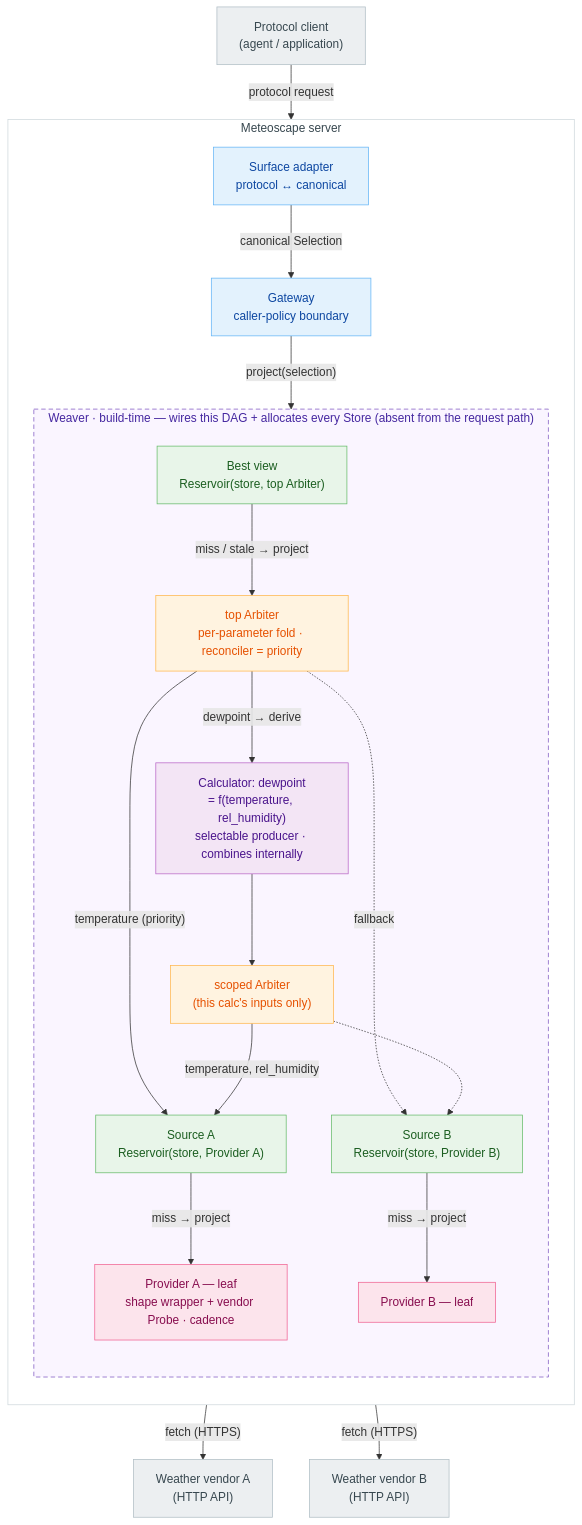
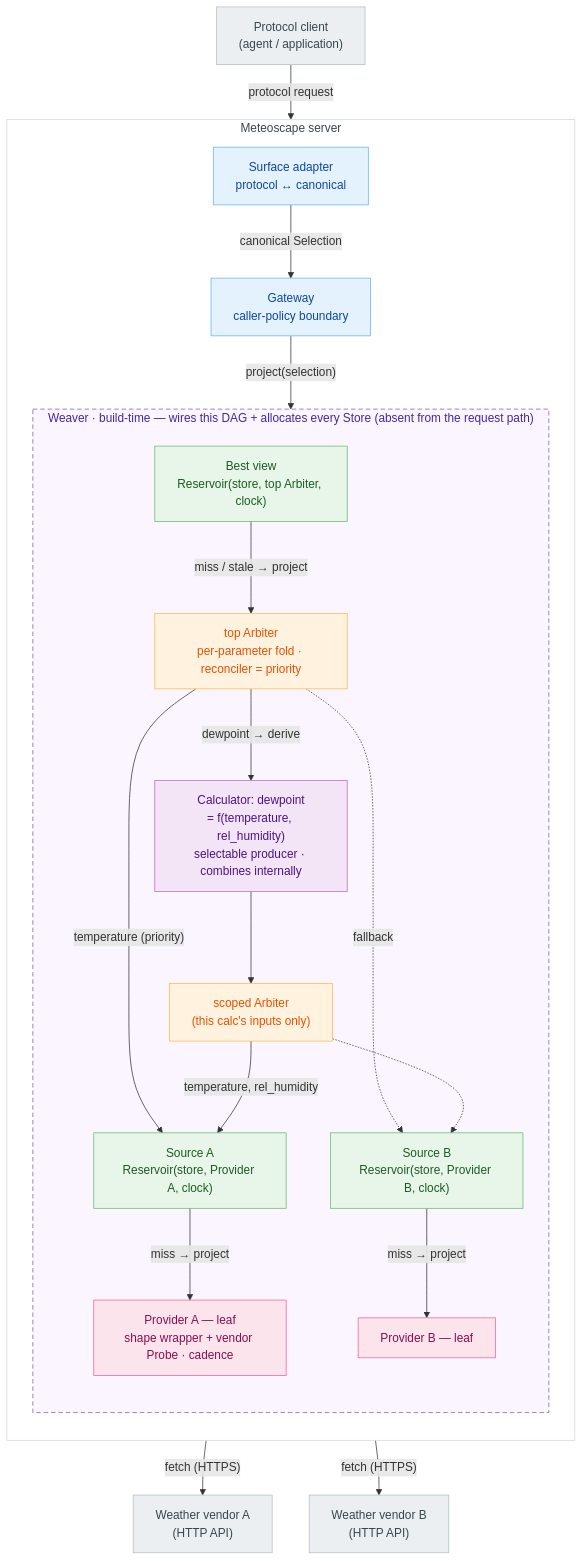
Before and after one commit to dveyarangi/meteoscape: the third of 3 diagrams in docs/architecture.md, drawn with Mermaid. The commit also changed other lines of this file and 39 other files, not shown here.

````diff
--- a/docs/architecture.md
+++ b/docs/architecture.md
@@ -146,63 +147,63 @@
 ```mermaid
 flowchart TB
   CLIENT["Protocol client<br/>(agent / application)"]
 
   subgraph SERVER["Meteoscape server"]
     direction TB
     ADAPTER["Surface adapter<br/>protocol ↔ canonical"]
     GW["Gateway<br/>caller-policy boundary"]
 
     subgraph WOVEN["Weaver · build-time — wires this DAG + allocates every Store (absent from the request path)"]
       direction TB
-      BEST["Best view<br/>Reservoir(store, top Arbiter)"]
+      BEST["Best view<br/>Reservoir(store, top Arbiter, clock)"]
       ARB["top Arbiter<br/>per-parameter fold · reconciler = priority"]
 
       CALC["Calculator: dewpoint<br/>= f(temperature, rel_humidity)<br/>selectable producer · combines internally"]
       CARB["scoped Arbiter<br/>(this calc's inputs only)"]
 
-      SA["Source A<br/>Reservoir(store, Provider A)"]
-      SB["Source B<br/>Reservoir(store, Provider B)"]
+      SA["Source A<br/>Reservoir(store, Provider A, clock)"]
+      SB["Source B<br/>Reservoir(store, Provider B, clock)"]
 
       PA["Provider A — leaf<br/>shape wrapper + vendor Probe · cadence"]
       PB["Provider B — leaf"]
     end
   end
 
   VA["Weather vendor A<br/>(HTTP API)"]
   VB["Weather vendor B<br/>(HTTP API)"]
 
   CLIENT -->|"protocol request"| ADAPTER
   ADAPTER -->|"canonical Selection"| GW
   GW -->|"project(selection)"| BEST
   BEST -->|"miss / stale → project"| ARB
 
   ARB -->|"temperature (priority)"| SA
   ARB -.->|"fallback"| SB
   ARB -->|"dewpoint → derive"| CALC
 
   CALC --> CARB
   CARB -->|"temperature, rel_humidity"| SA
   CARB -.-> SB
 
   SA -->|"miss → project"| PA
   SB -->|"miss → project"| PB
   PA -->|"fetch (HTTPS)"| VA
   PB -->|"fetch (HTTPS)"| VB
 
   classDef ext fill:#eceff1,stroke:#b0bec5,color:#37474f;
   classDef edge fill:#e3f2fd,stroke:#64b5f6,color:#0d47a1;
   classDef reservoir fill:#e8f5e9,stroke:#66bb6a,color:#1b5e20;
   classDef arbiter fill:#fff3e0,stroke:#ffb74d,color:#e65100;
   classDef calc fill:#f3e5f5,stroke:#ba68c8,color:#4a148c;
   classDef provider fill:#fce4ec,stroke:#f06292,color:#880e4f;
 
   class CLIENT,VA,VB ext;
   class ADAPTER,GW edge;
   class BEST,SA,SB reservoir;
   class ARB,CARB arbiter;
   class CALC calc;
   class PA,PB provider;
 
   style SERVER fill:#ffffff,stroke:#cfd8dc,color:#37474f;
   style WOVEN fill:#faf5ff,stroke:#7e57c2,stroke-width:1px,stroke-dasharray:6 4,color:#4527a0;
 ```
````
